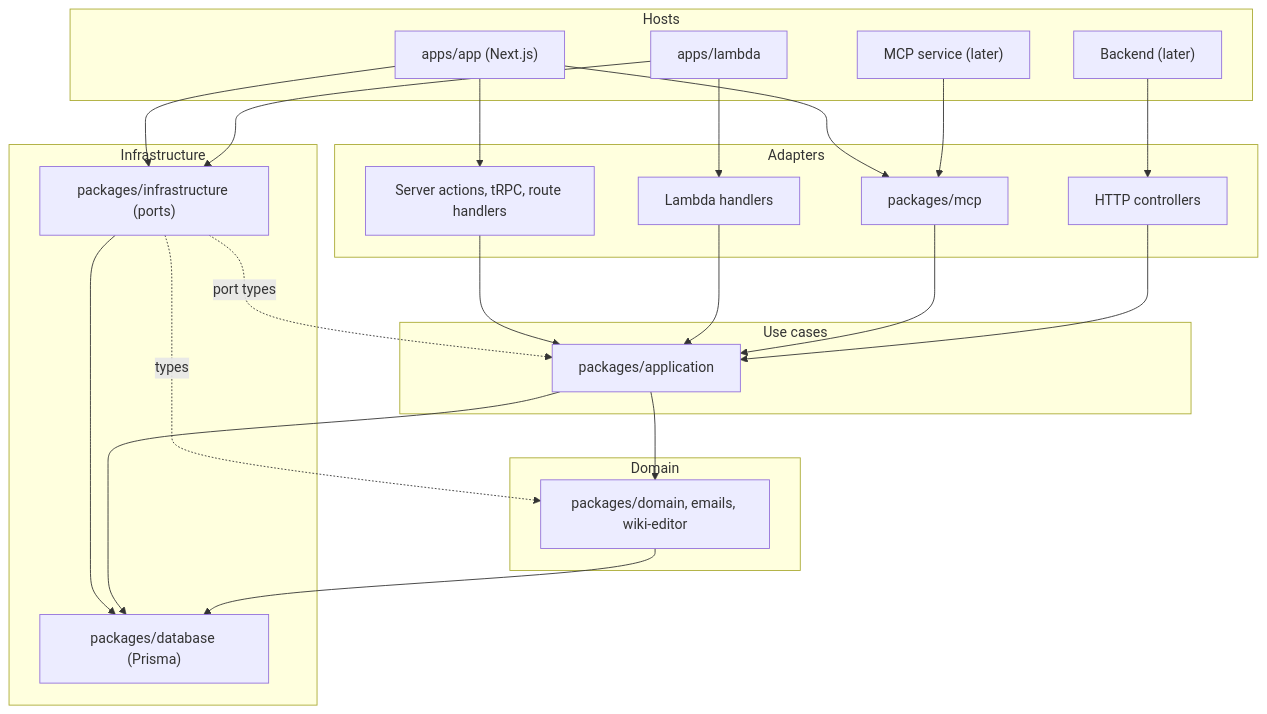
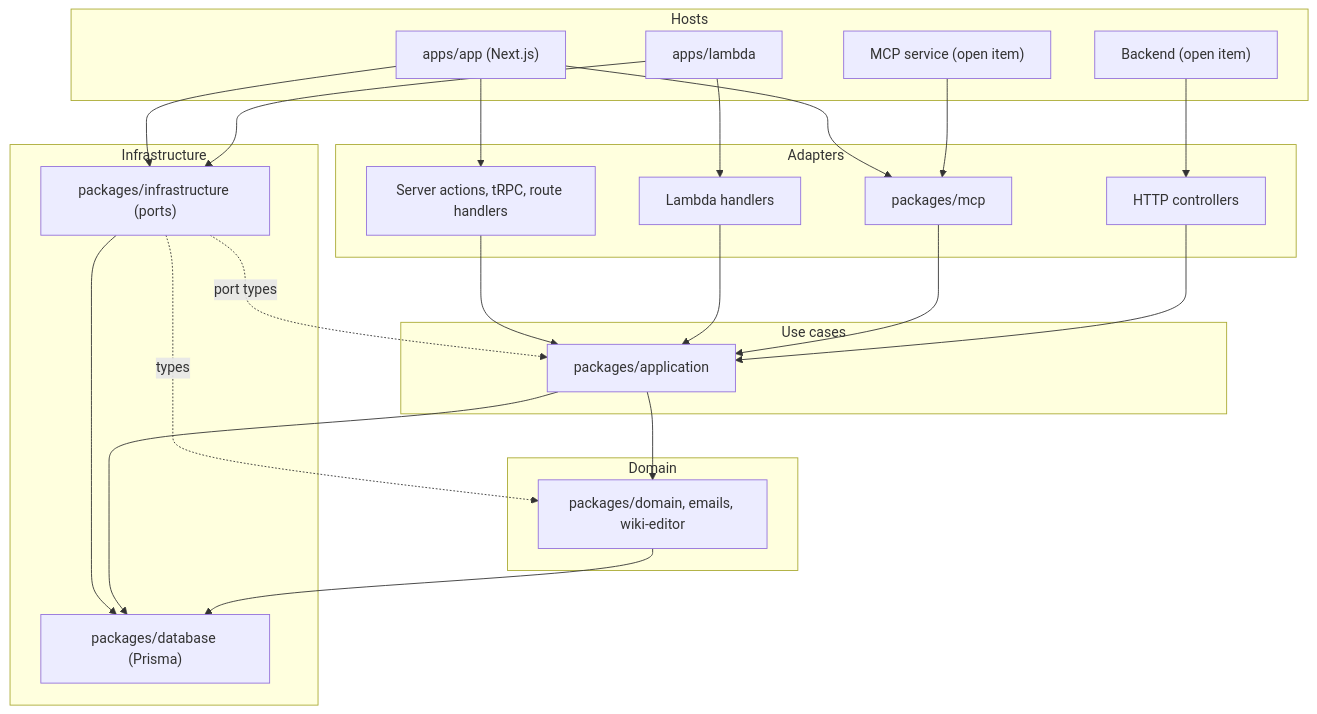
Before and after one commit to simonknittel/sinister-incorporated: the diagram in docs/architecture.md, drawn with Mermaid. The commit also changed other lines of this file and 1 other file, not shown here.

First line of the commit message:
docs: the architecture as the current state

````diff
--- a/docs/architecture.md
+++ b/docs/architecture.md
@@ -66,47 +70,47 @@
 ```mermaid
 flowchart TB
   subgraph hosts [Hosts]
     app["apps/app (Next.js)"]
     lambda["apps/lambda"]
-    mcpService["MCP service (later)"]
-    backend["Backend (later)"]
+    mcpService["MCP service (open item)"]
+    backend["Backend (open item)"]
   end
 
   subgraph adapters [Adapters]
     nextAdapters["Server actions, tRPC, route handlers"]
     lambdaHandlers["Lambda handlers"]
     mcp["packages/mcp"]
     controllers["HTTP controllers"]
   end
 
   subgraph useCases [Use cases]
     application["packages/application"]
   end
 
   subgraph domain [Domain]
     domainPackages["packages/domain, emails, wiki-editor"]
   end
 
   subgraph infrastructure [Infrastructure]
     infrastructurePackage["packages/infrastructure (ports)"]
     database["packages/database (Prisma)"]
   end
 
   app --> nextAdapters
   app --> mcp
   lambda --> lambdaHandlers
   mcpService --> mcp
   backend --> controllers
   nextAdapters --> application
   lambdaHandlers --> application
   mcp --> application
   controllers --> application
   app --> infrastructurePackage
   lambda --> infrastructurePackage
   infrastructurePackage -. port types .-> application
   infrastructurePackage -. types .-> domainPackages
   infrastructurePackage --> database
   application --> domainPackages
   application --> database
   domainPackages --> database
 ```
````
